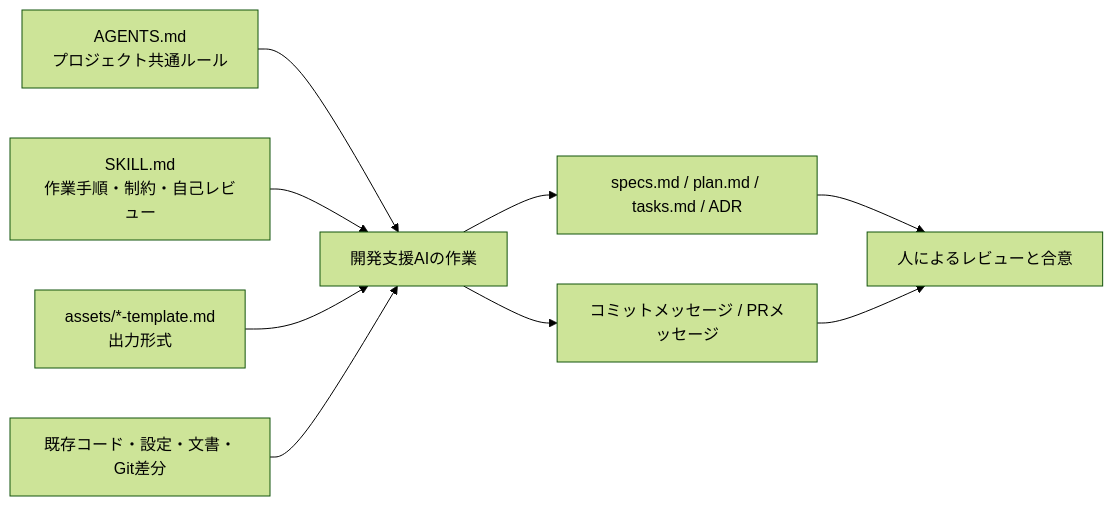
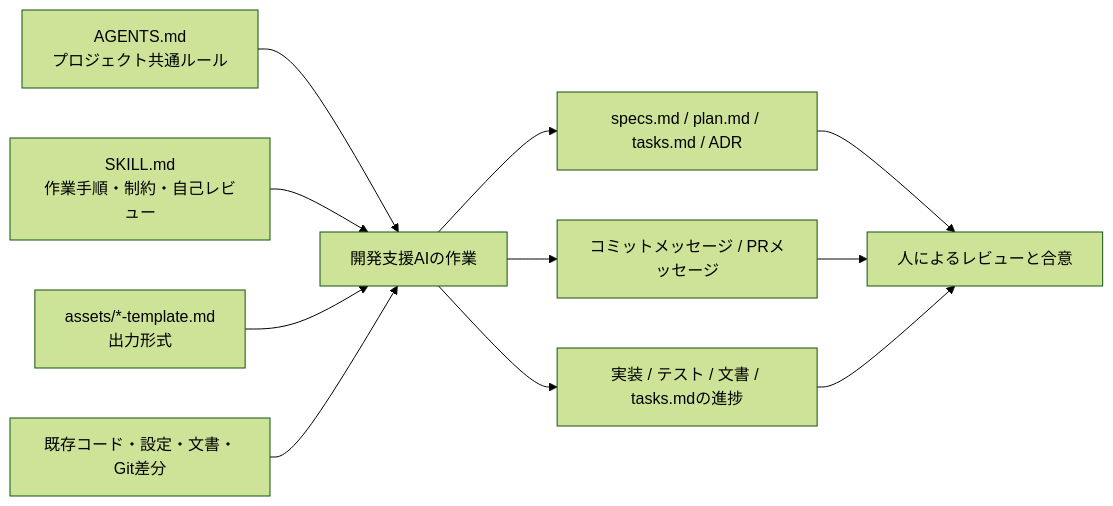
Before and after one commit to rafty/OpenAIAgentCore-base: the second of 2 diagrams in docs/SDD/README.md, drawn with Mermaid (forest theme). The commit also changed other lines of this file and 5 other files, not shown here.

````diff
--- a/docs/SDD/README.md
+++ b/docs/SDD/README.md
@@ -176,11 +180,13 @@
 ```mermaid
 flowchart LR
     A[AGENTS.md<br/>プロジェクト共通ルール] --> E[開発支援AIの作業]
     B[SKILL.md<br/>作業手順・制約・自己レビュー] --> E
     C[assets/*-template.md<br/>出力形式] --> E
     D[既存コード・設定・文書・Git差分] --> E
     E --> F[specs.md / plan.md / tasks.md / ADR]
     E --> G[コミットメッセージ / PRメッセージ]
+    E --> I[実装 / テスト / 文書 / tasks.mdの進捗]
     F --> H[人によるレビューと合意]
     G --> H
+    I --> H
 ```
````
